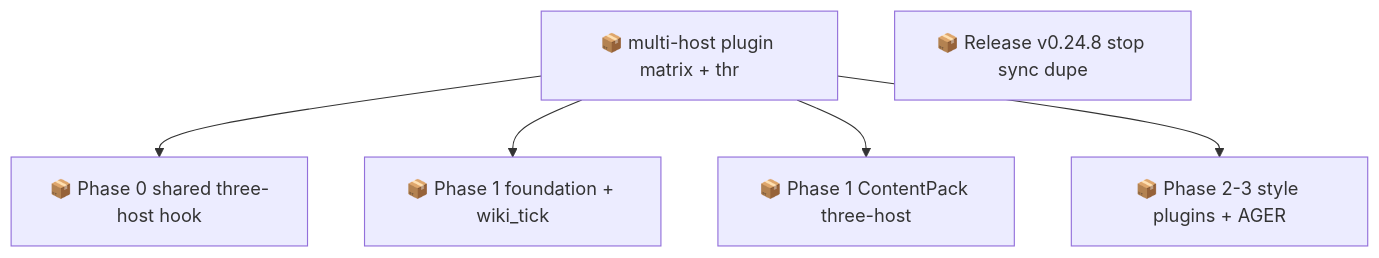
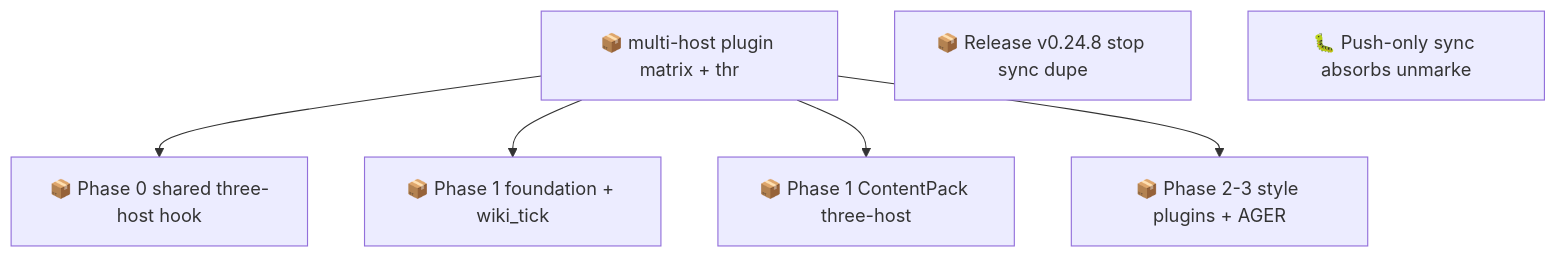
The second of 2 diagrams in docs/roadmap.md (SpillwaveSolutions/wiki_ticket_sdd), drawn with Mermaid before and after one commit. The commit also changed other lines of this file and 20 other files, not shown here.

First line of the commit message:
fix: push-only sync absorb unmarked remotes and closed-on-remote (#385)

````diff
--- a/docs/roadmap.md
+++ b/docs/roadmap.md
@@ -75,13 +77,14 @@
 ```mermaid
 graph TD
     01M0KCDKJRAZYMWDD9PFGHC6XY["📦 multi-host plugin matrix + thr"]
     01M0KCDV5GP8BMZT142MMAPAG7["📦 Phase 0 shared three-host hook"]
     01M0KCDV7AQEQ61TA2MYN3M5C3["📦 Phase 1 foundation + wiki_tick"]
     01M0KCDV94P4YPBXJXQZNNGQTM["📦 Phase 1 ContentPack three-host"]
     01M0KCDVAYS67SPN8FHAYY4DWX["📦 Phase 2-3 style plugins + AGER"]
     01M106V1CN004P95YGSKXX69Q3["📦 Release v0.24.8 stop sync dupe"]
+    01M12FX1MV11180BVA967VQBYP["🐛 Push-only sync absorbs unmarke"]
     01M0KCDKJRAZYMWDD9PFGHC6XY --> 01M0KCDV5GP8BMZT142MMAPAG7
     01M0KCDKJRAZYMWDD9PFGHC6XY --> 01M0KCDV7AQEQ61TA2MYN3M5C3
     01M0KCDKJRAZYMWDD9PFGHC6XY --> 01M0KCDV94P4YPBXJXQZNNGQTM
     01M0KCDKJRAZYMWDD9PFGHC6XY --> 01M0KCDVAYS67SPN8FHAYY4DWX
 ```
````
